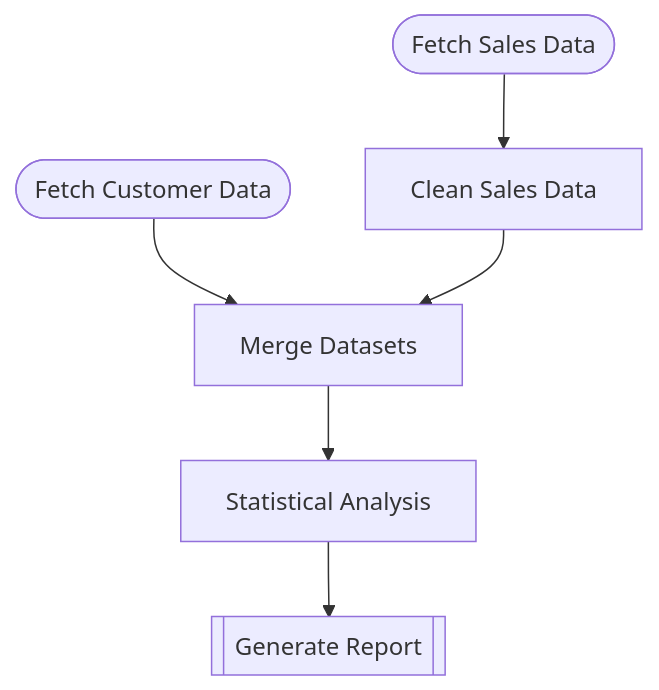
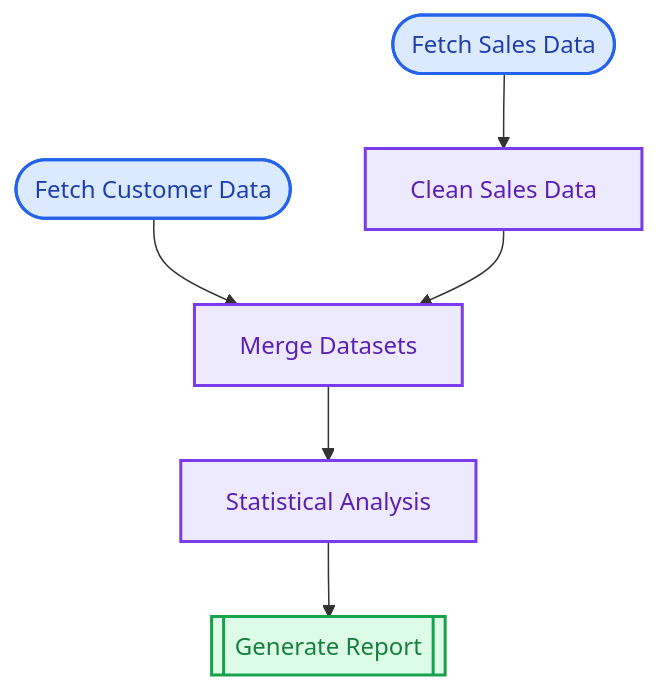
Before and after one commit to pjt222/putior: the second of 7 diagrams in README.md, drawn with Mermaid. The commit also changed other lines of this file and 1 other file, not shown here.

`````diff
--- a/README.md
+++ b/README.md
@@ -187,15 +187,22 @@
-````mermaid
+```mermaid
 flowchart TD
     fetch_sales([Fetch Sales Data])
     fetch_customers([Fetch Customer Data])
     clean_sales[Clean Sales Data]  
     merge_data[Merge Datasets]
     analyze[Statistical Analysis]
     report[[Generate Report]]
     
     fetch_sales --> clean_sales
     fetch_customers --> merge_data
     clean_sales --> merge_data
     merge_data --> analyze
     analyze --> report
-````
+    
+    classDef inputStyle fill:#dbeafe,stroke:#2563eb,stroke-width:2px,color:#1e40af
+    classDef processStyle fill:#ede9fe,stroke:#7c3aed,stroke-width:2px,color:#5b21b6
+    classDef outputStyle fill:#dcfce7,stroke:#16a34a,stroke-width:2px,color:#15803d
+    class fetch_sales,fetch_customers inputStyle
+    class clean_sales,merge_data,analyze processStyle
+    class report outputStyle
+```
`````
